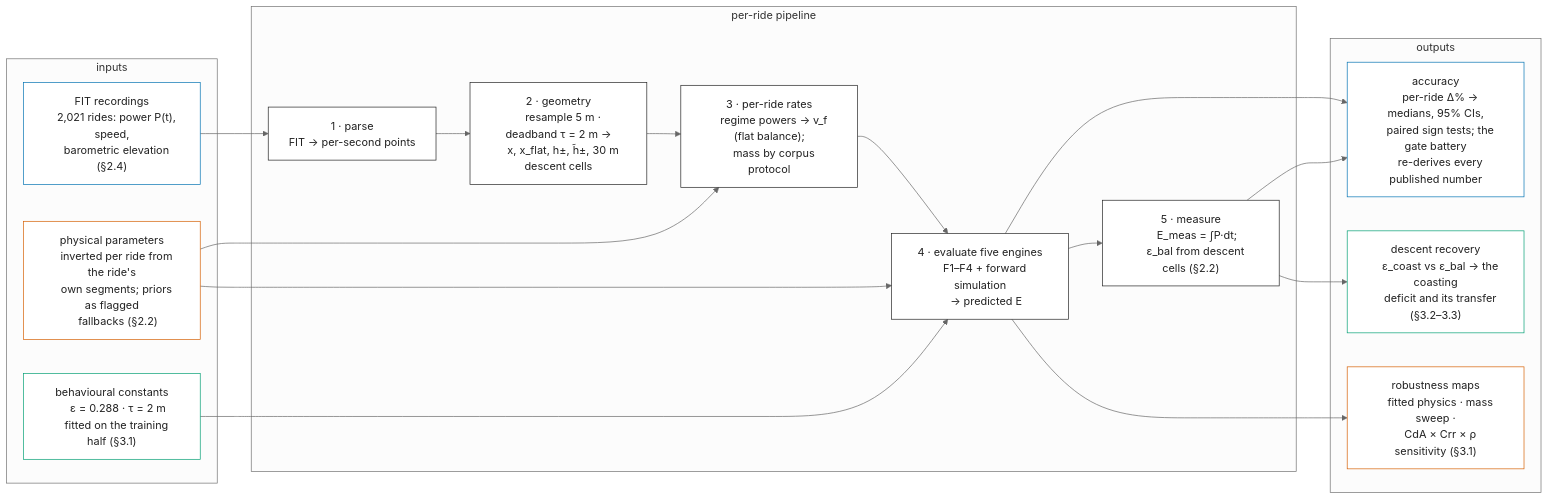
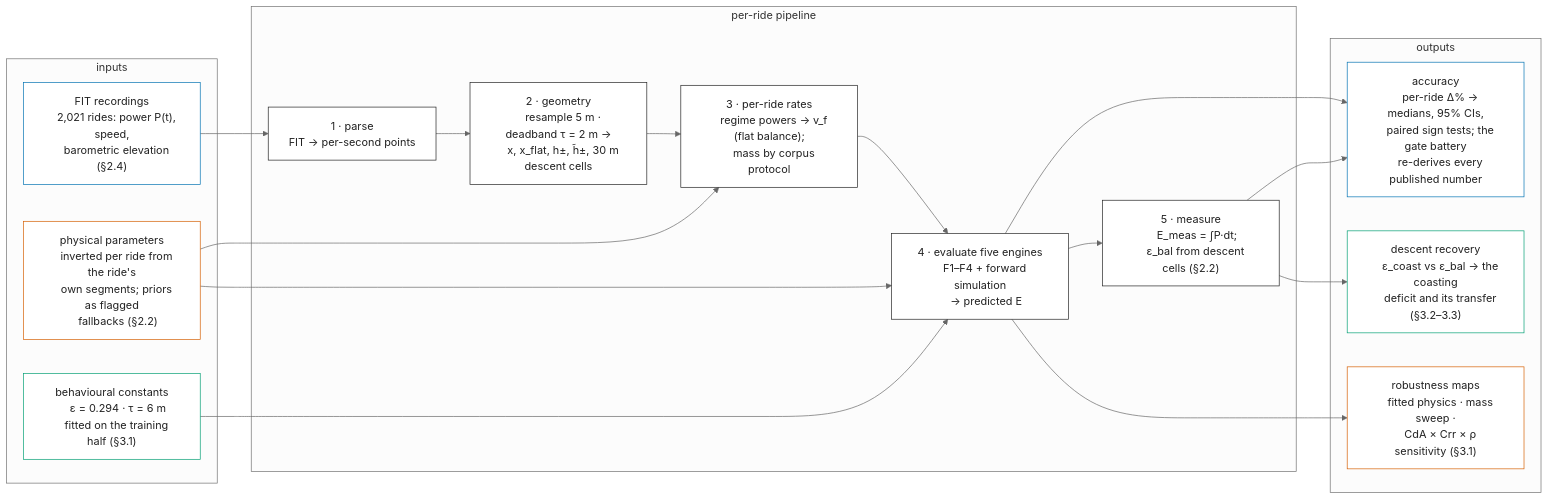
One commit to danlessa/bicycling-energy-model changed the first of 2 diagrams in research/article/paper1-closed-form.md. Above: the diagram before and after it, drawn with Mermaid (neutral theme). The commit also changed other lines of this file, not shown here.

````diff
--- a/research/article/paper1-closed-form.md
+++ b/research/article/paper1-closed-form.md
@@ -176,60 +176,60 @@
 ```mermaid
 flowchart LR
   subgraph IN["inputs"]
     A["FIT recordings
     2,021 rides: power P(t), speed,
     barometric elevation (§2.4)"]
     B["physical parameters
     inverted per ride from the ride's
     own segments; priors as flagged
     fallbacks (§2.2)"]
     C["behavioural constants
-    ε = 0.288 · τ = 2 m
+    ε = 0.294 · τ = 6 m
     fitted on the training half (§3.1)"]
   end
   subgraph PIPE["per-ride pipeline"]
     P1["1 · parse
     FIT → per-second points"]
     P2["2 · geometry
     resample 5 m · deadband τ = 2 m →
     x, x_flat, h±, h̃±, 30 m descent cells"]
     P3["3 · per-ride rates
     regime powers → v_f (flat balance);
     mass by corpus protocol"]
     P4["4 · evaluate five engines
     F1–F4 + forward simulation
     → predicted E"]
     P5["5 · measure
     E_meas = ∫P·dt;
     ε_bal from descent cells (§2.2)"]
     P1 --> P2 --> P3 --> P4 --> P5
   end
   subgraph OUT["outputs"]
     O1["accuracy
     per-ride Δ% → medians, 95% CIs,
     paired sign tests; the gate battery
     re-derives every published number"]
     O2["descent recovery
     ε_coast vs ε_bal → the coasting
     deficit and its transfer (§3.2–3.3)"]
     O3["robustness maps
     fitted physics · mass sweep ·
     CdA × Crr × ρ sensitivity (§3.1)"]
   end
   A --> P1
   B --> P3
   B --> P4
   C --> P4
   P4 --> O1
   P5 --> O1
   P5 --> O2
   P4 --> O3
   classDef blue stroke:#0072B2,fill:#fff,color:#222
   classDef verm stroke:#D55E00,fill:#fff,color:#222
   classDef green stroke:#009E73,fill:#fff,color:#222
   classDef ink stroke:#222222,fill:#fff,color:#222
   class A,O1 blue
   class B,O3 verm
   class C,O2 green
   class P1,P2,P3,P4,P5 ink
 ```
````
